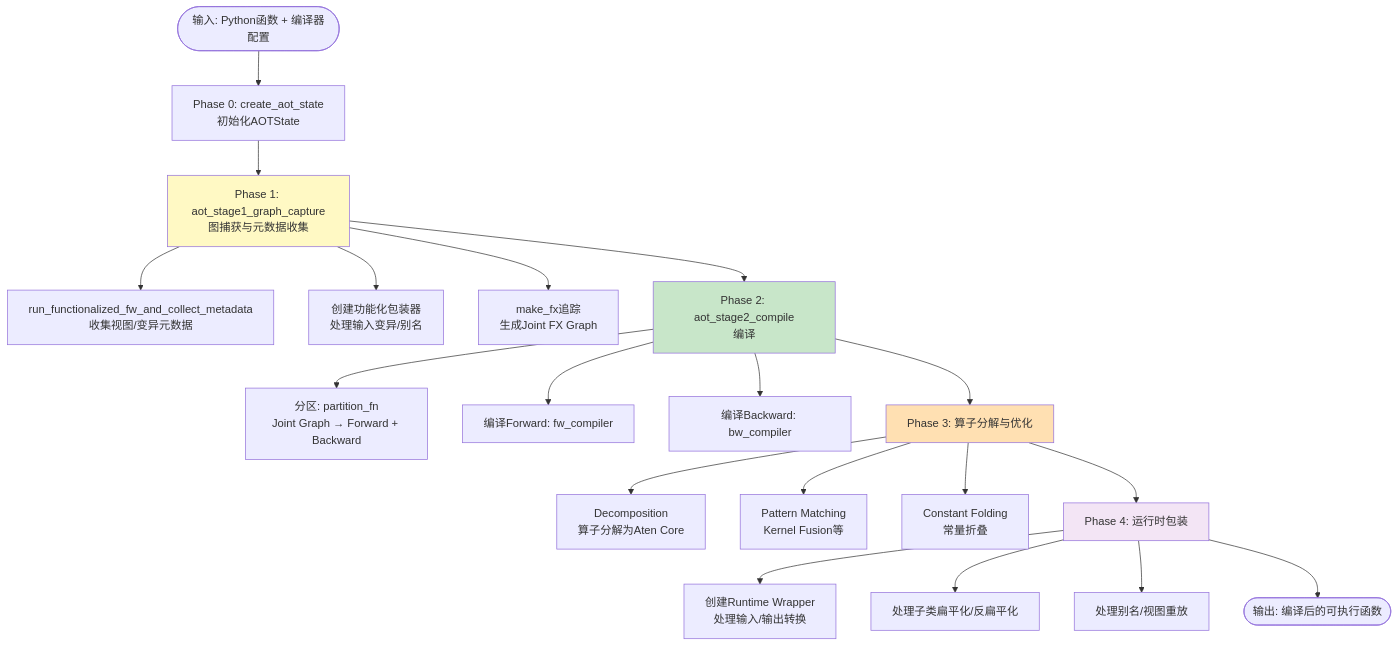
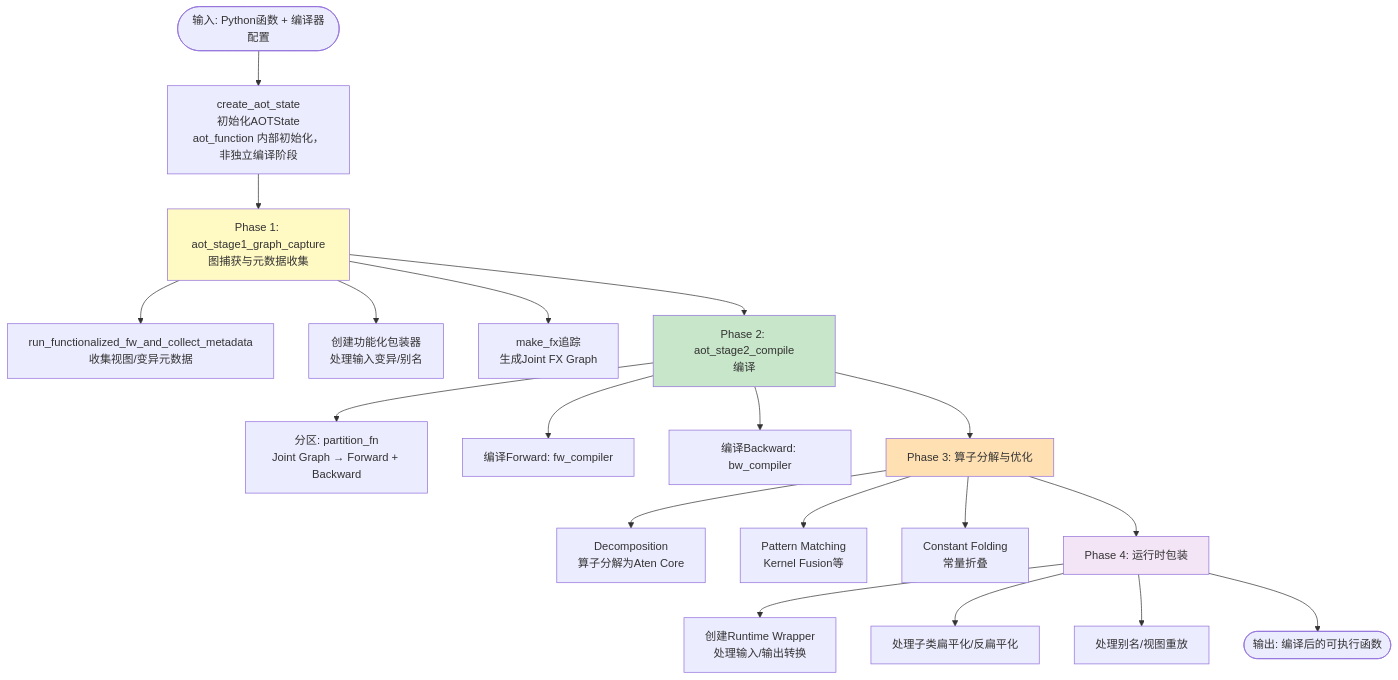
Before and after one commit to suhaibo666/llm-knowledge: the second of 7 diagrams in wiki/02_engineering/01_ai_frameworks/03_aot_autograd/aotautograd_analysis.md, drawn with Mermaid. The commit also changed 24 other files, not shown here.

````diff
--- a/wiki/02_engineering/01_ai_frameworks/03_aot_autograd/aotautograd_analysis.md
+++ b/wiki/02_engineering/01_ai_frameworks/03_aot_autograd/aotautograd_analysis.md
@@ -51,31 +51,31 @@
 ```mermaid
 flowchart TD
-    Start([输入: Python函数 + 编译器配置]) --> A[Phase 0: create_aot_state<br/>初始化AOTState]
+    Start([输入: Python函数 + 编译器配置]) --> A[create_aot_state<br/>初始化AOTState<br/>aot_function 内部初始化，非独立编译阶段]
     
     A --> B[Phase 1: aot_stage1_graph_capture<br/>图捕获与元数据收集]
     B --> B1[run_functionalized_fw_and_collect_metadata<br/>收集视图/变异元数据]
     B --> B2[创建功能化包装器<br/>处理输入变异/别名]
     B --> B3[make_fx追踪<br/>生成Joint FX Graph]
     
     B --> C[Phase 2: aot_stage2_compile<br/>编译]
     C --> C1[分区: partition_fn<br/>Joint Graph → Forward + Backward]
     C --> C2[编译Forward: fw_compiler]
     C --> C3[编译Backward: bw_compiler]
     
     C --> D[Phase 3: 算子分解与优化]
     D --> D1[Decomposition<br/>算子分解为Aten Core]
     D --> D2[Pattern Matching<br/>Kernel Fusion等]
     D --> D3[Constant Folding<br/>常量折叠]
     
     D --> E[Phase 4: 运行时包装]
     E --> E1[创建Runtime Wrapper<br/>处理输入/输出转换]
     E --> E2[处理子类扁平化/反扁平化]
     E --> E3[处理别名/视图重放]
     
     E --> End([输出: 编译后的可执行函数])
 
     style B fill:#fff9c4
     style C fill:#c8e6c9
     style D fill:#ffe0b2
     style E fill:#f3e5f5
 ```
````
